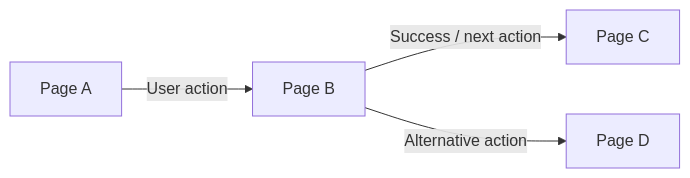
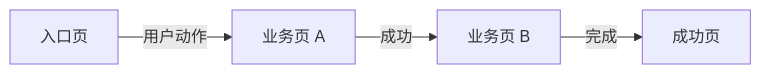
One commit to kelvin381539960-cyber/prd-for-ai changed the second of 2 diagrams in prd-template/standard-prd-template.md. Above: the diagram before and after it, drawn with Mermaid. The commit also changed other lines of this file, not shown here.

````diff
--- a/prd-template/standard-prd-template.md
+++ b/prd-template/standard-prd-template.md
@@ -229,11 +120,11 @@
 ```mermaid
 flowchart LR
-  PageA[Page A]
-  PageB[Page B]
-  PageC[Page C]
-  PageD[Page D]
+  A[入口页]
+  B[业务页 A]
+  C[业务页 B]
+  D[成功页]
 
-  PageA -->|User action| PageB
-  PageB -->|Success / next action| PageC
-  PageB -->|Alternative action| PageD
+  A -->|用户动作| B
+  B -->|成功| C
+  C -->|完成| D
 ```
````
